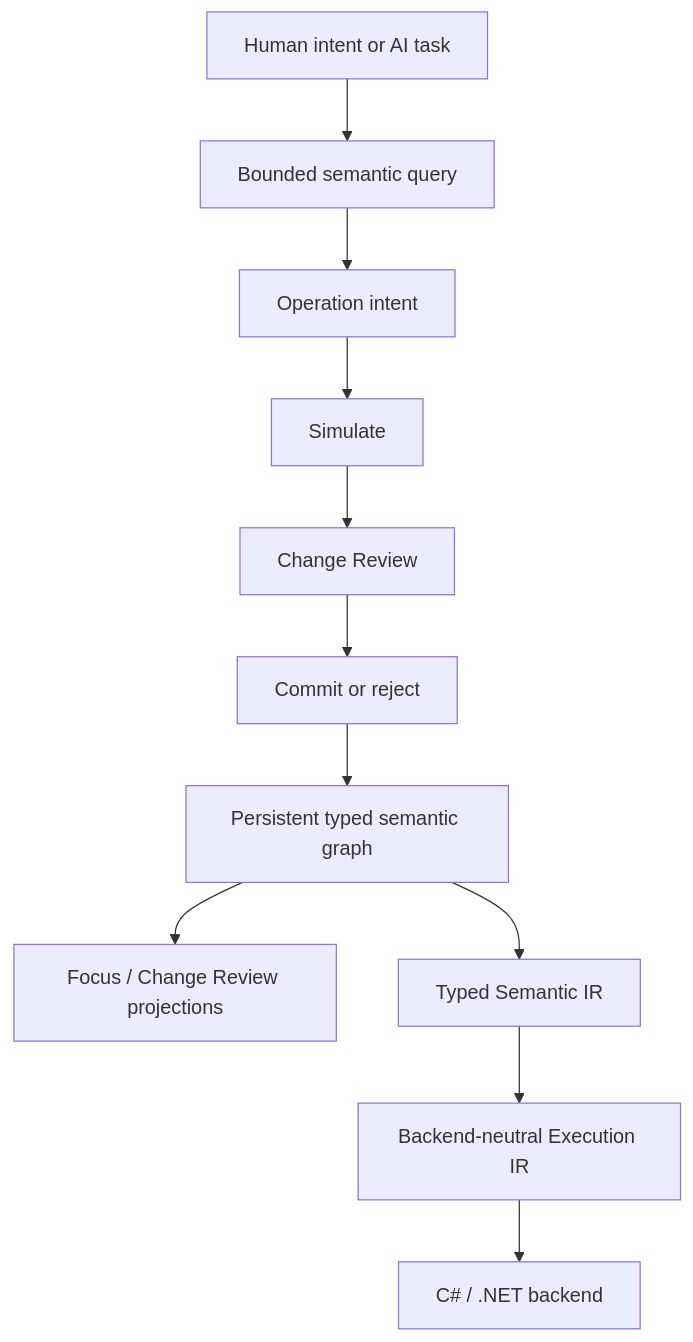
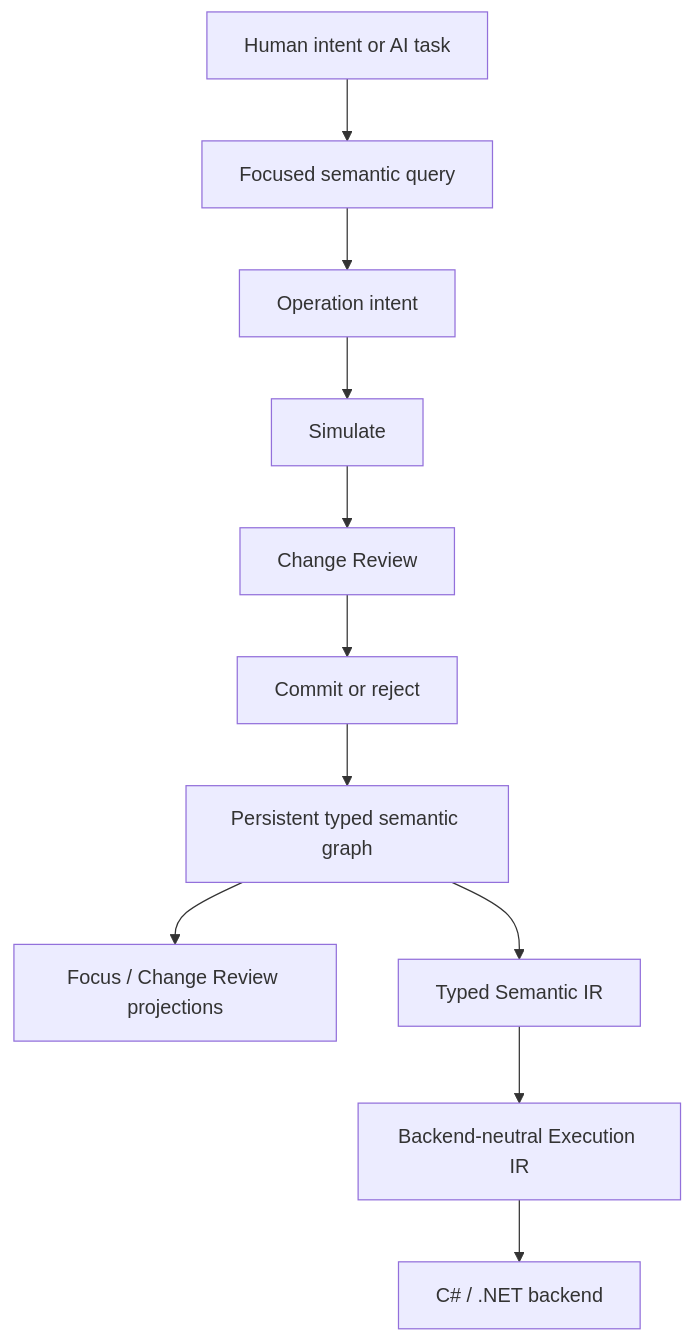
Before and after one commit to kw4r3n/nyrwvy: the diagram in README.md, drawn with Mermaid. The commit also changed other lines of this file and 6 other files, not shown here.

````diff
--- a/README.md
+++ b/README.md
@@ -19,13 +19,13 @@
 ```mermaid
 flowchart TD
-    A[Human intent or AI task] --> B[Bounded semantic query]
+    A[Human intent or AI task] --> B[Focused semantic query]
     B --> C[Operation intent]
     C --> D[Simulate]
     D --> E[Change Review]
     E --> F[Commit or reject]
     F --> G[Persistent typed semantic graph]
     G --> H[Focus / Change Review projections]
     G --> I[Typed Semantic IR]
     I --> J[Backend-neutral Execution IR]
     J --> K[C# / .NET backend]
 ```
````
